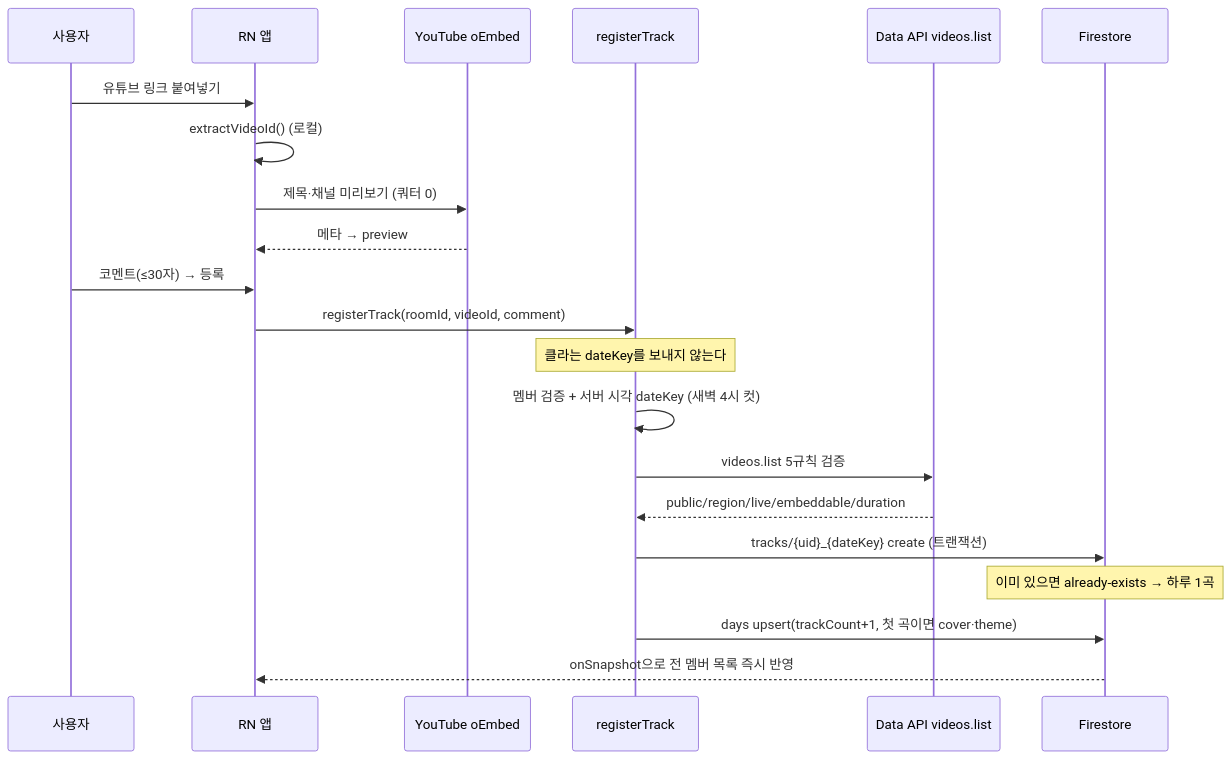
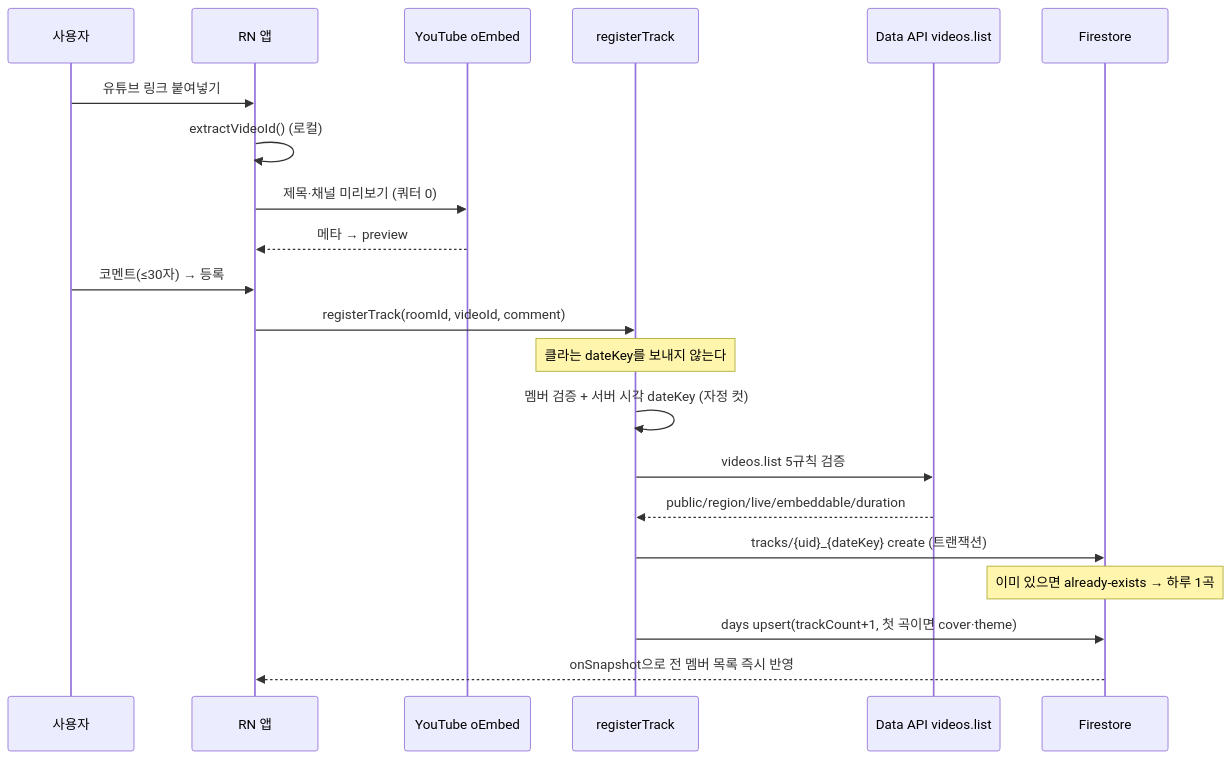
The second of 3 diagrams in docs/시스템아키텍처.md (team-muzikismulife/muzik), drawn with Mermaid before and after one commit. The commit also changed other lines of this file and 11 other files, not shown here.

````diff
--- a/docs/시스템아키텍처.md
+++ b/docs/시스템아키텍처.md
@@ -77,24 +77,24 @@
 ```mermaid
 sequenceDiagram
     participant U as 사용자
     participant App as RN 앱
     participant OE as YouTube oEmbed
     participant CF as registerTrack
     participant YT as Data API videos.list
     participant FS as Firestore
 
     U->>App: 유튜브 링크 붙여넣기
     App->>App: extractVideoId() (로컬)
     App->>OE: 제목·채널 미리보기 (쿼터 0)
     OE-->>App: 메타 → preview
     U->>App: 코멘트(≤30자) → 등록
     App->>CF: registerTrack(roomId, videoId, comment)
     Note over CF: 클라는 dateKey를 보내지 않는다
-    CF->>CF: 멤버 검증 + 서버 시각 dateKey (새벽 4시 컷)
+    CF->>CF: 멤버 검증 + 서버 시각 dateKey (자정 컷)
     CF->>YT: videos.list 5규칙 검증
     YT-->>CF: public/region/live/embeddable/duration
     CF->>FS: tracks/{uid}_{dateKey} create (트랜잭션)
     Note over FS: 이미 있으면 already-exists → 하루 1곡
     CF->>FS: days upsert(trackCount+1, 첫 곡이면 cover·theme)
     FS-->>App: onSnapshot으로 전 멤버 목록 즉시 반영
 ```
````
